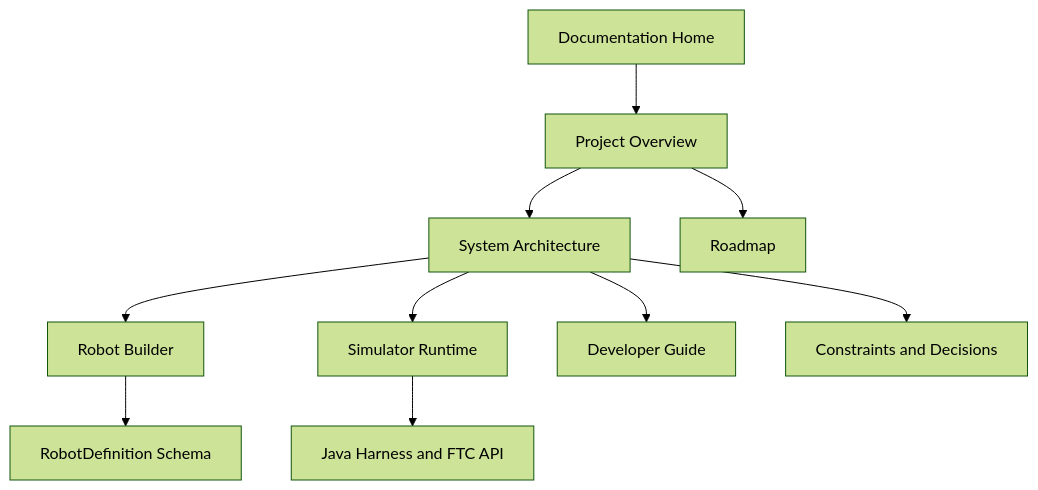
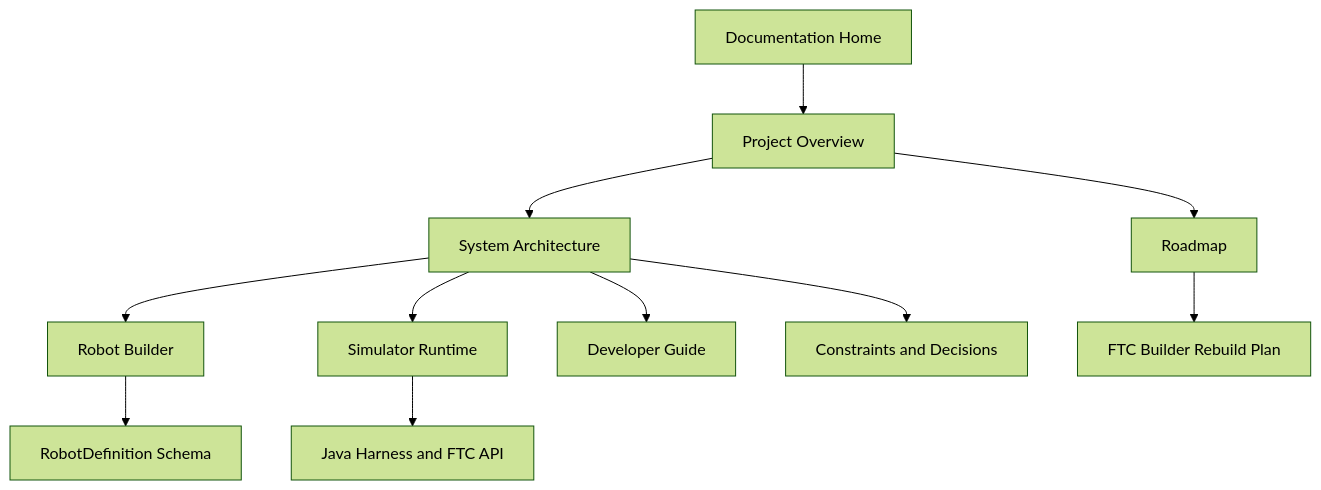
One commit to jpkaiser2/Code-A-Robot-Simulator changed the diagram in documentation/README.md. Above: the diagram before and after it, drawn with Mermaid (forest theme). The commit also changed other lines of this file and 5 other files, not shown here.

First line of the commit message:
Add FTC builder rebuild plan

````diff
--- a/documentation/README.md
+++ b/documentation/README.md
@@ -38,12 +39,13 @@
 ```mermaid
 flowchart TD
     Home[Documentation Home] --> Overview[Project Overview]
     Overview --> Architecture[System Architecture]
     Architecture --> Builder[Robot Builder]
     Architecture --> Runtime[Simulator Runtime]
     Runtime --> Harness[Java Harness and FTC API]
     Builder --> Schema[RobotDefinition Schema]
     Architecture --> Guide[Developer Guide]
     Overview --> Roadmap[Roadmap]
     Architecture --> Decisions[Constraints and Decisions]
+    Roadmap --> Rebuild[FTC Builder Rebuild Plan]
 ```
````
